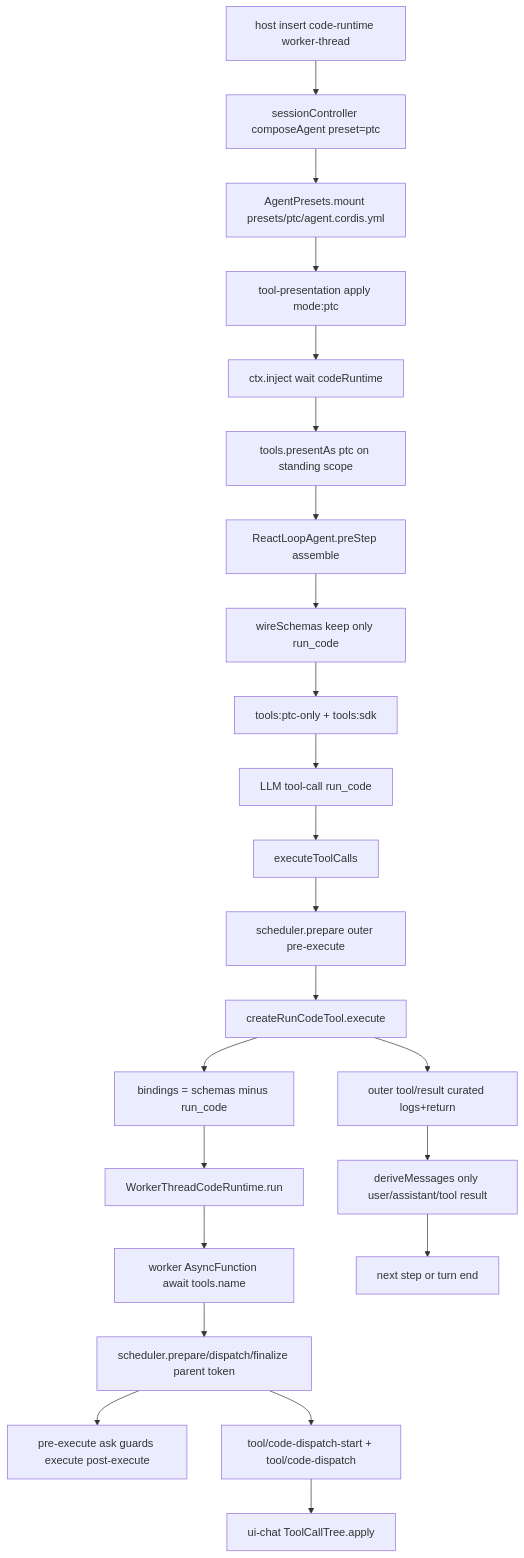
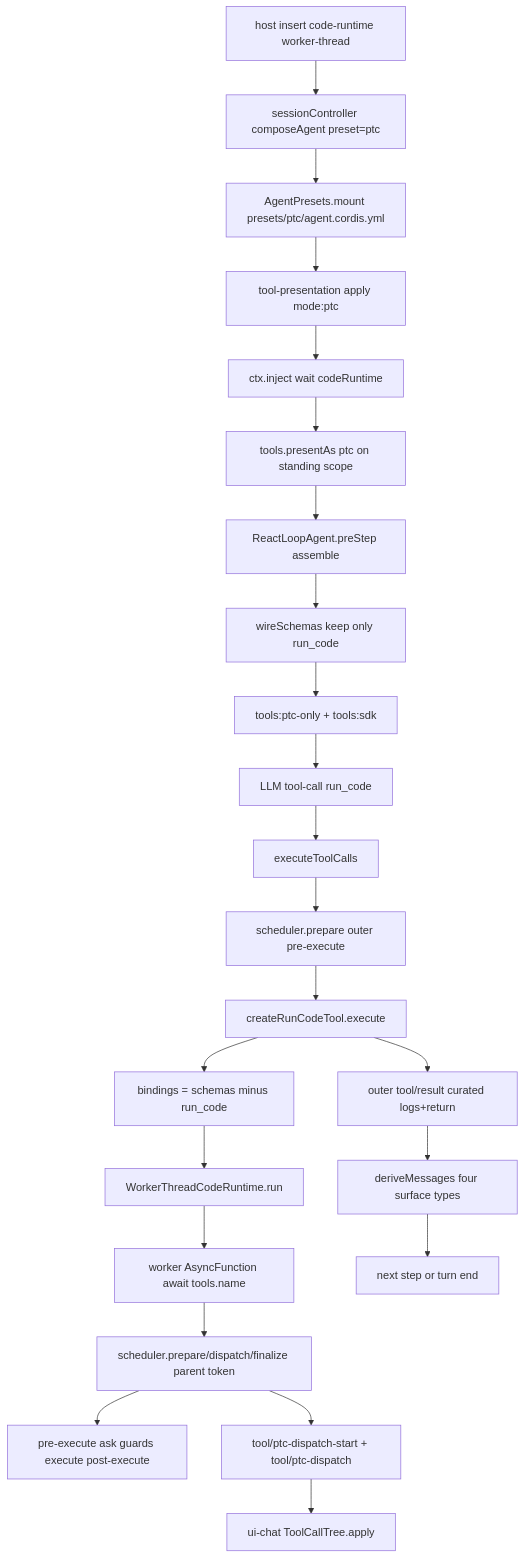
Before and after one commit to wdnmdtonyma/SOTA-Agent-LLM-Wiki: the diagram in docs/llm-wiki/deepseek-harness/spine/trace-code-mode.md, drawn with Mermaid. The commit also changed other lines of this file and 219 other files, not shown here.

````diff
--- a/docs/llm-wiki/deepseek-harness/spine/trace-code-mode.md
+++ b/docs/llm-wiki/deepseek-harness/spine/trace-code-mode.md
@@ -51,25 +51,25 @@
 ```mermaid
 flowchart TD
   HostInsert["host insert code-runtime worker-thread"] --> Create["sessionController composeAgent preset=ptc"]
   Create --> Mount["AgentPresets.mount presets/ptc/agent.cordis.yml"]
   Mount --> PresentRow["tool-presentation apply mode:ptc"]
   PresentRow --> WaitRT["ctx.inject wait codeRuntime"]
   WaitRT --> PresentAs["tools.presentAs ptc on standing scope"]
   PresentAs --> PreStep["ReactLoopAgent.preStep assemble"]
   PreStep --> Wire["wireSchemas keep only run_code"]
   Wire --> Prompt["tools:ptc-only + tools:sdk"]
   Prompt --> Model["LLM tool-call run_code"]
   Model --> Loop["executeToolCalls"]
   Loop --> OuterPrep["scheduler.prepare outer pre-execute"]
   OuterPrep --> RunCode["createRunCodeTool.execute"]
   RunCode --> Bind["bindings = schemas minus run_code"]
   Bind --> Worker["WorkerThreadCodeRuntime.run"]
   Worker --> Prog["worker AsyncFunction await tools.name"]
   Prog --> Nested["scheduler.prepare/dispatch/finalize parent token"]
   Nested --> Guards["pre-execute ask guards execute post-execute"]
-  Nested --> DispatchLog["tool/code-dispatch-start + tool/code-dispatch"]
+  Nested --> DispatchLog["tool/ptc-dispatch-start + tool/ptc-dispatch"]
   DispatchLog --> ClientTree["ui-chat ToolCallTree.apply"]
   RunCode --> OuterResult["outer tool/result curated logs+return"]
-  OuterResult --> Derive["deriveMessages only user/assistant/tool result"]
+  OuterResult --> Derive["deriveMessages four surface types"]
   Derive --> NextStep["next step or turn end"]
 ```
````
